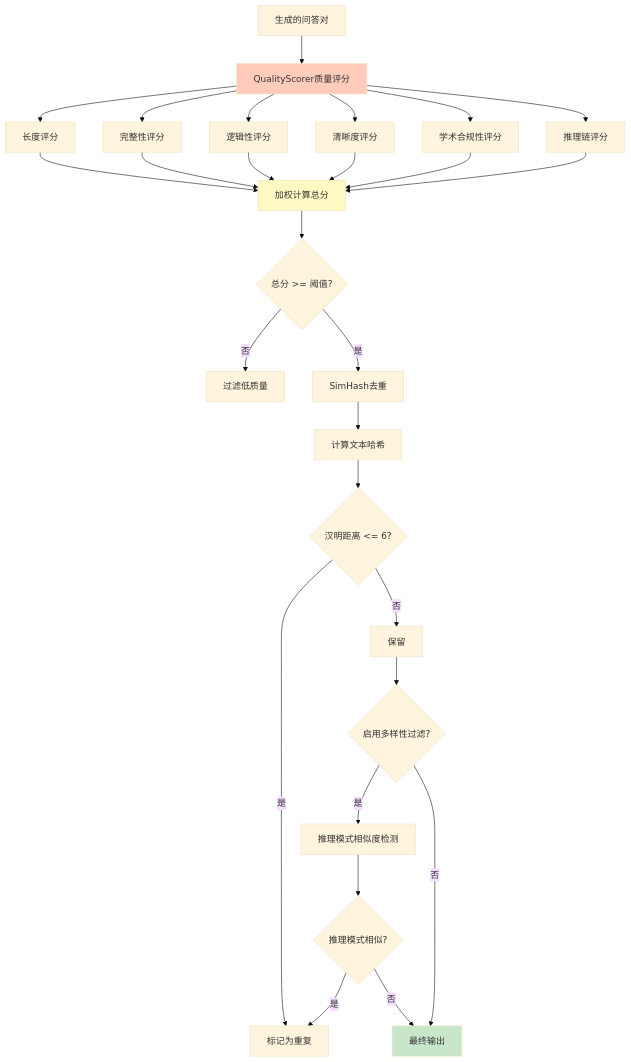
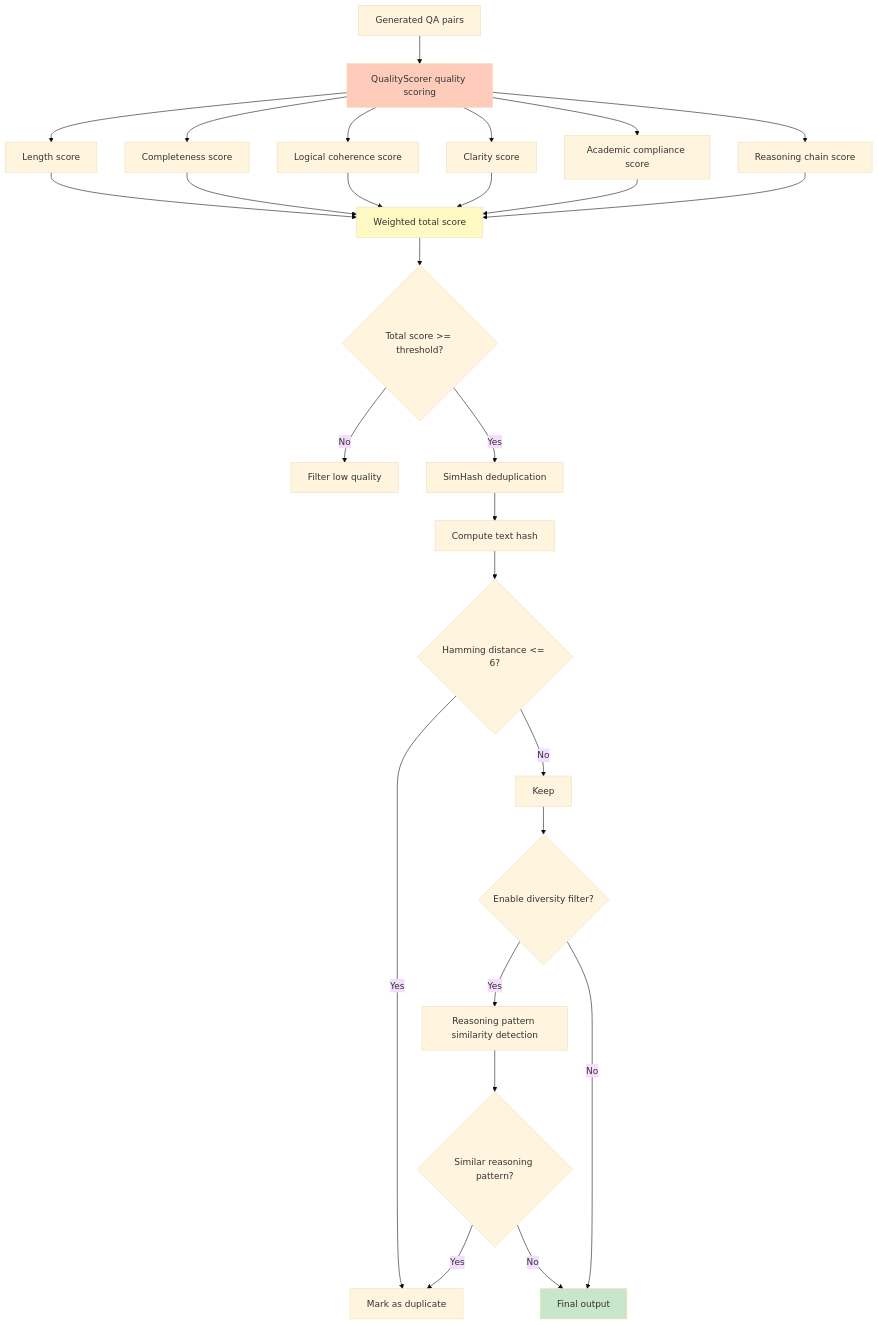
One commit to JackKuo666/QALoop changed the fourth of 5 diagrams in pipelines/thesis_synthesis/README.md. Above: the diagram before and after it, drawn with Mermaid (base theme). The commit also changed other lines of this file and 25 other files, not shown here.

````diff
--- a/pipelines/thesis_synthesis/README.md
+++ b/pipelines/thesis_synthesis/README.md
@@ -114,37 +114,37 @@
 ```mermaid
 flowchart TD
-    A[生成的问答对] --> B[QualityScorer质量评分]
-    B --> C[长度评分]
-    B --> D[完整性评分]
-    B --> E[逻辑性评分]
-    B --> F[清晰度评分]
-    B --> G[学术合规性评分]
-    B --> H[推理链评分]
+    A[Generated QA pairs] --> B[QualityScorer quality scoring]
+    B --> C[Length score]
+    B --> D[Completeness score]
+    B --> E[Logical coherence score]
+    B --> F[Clarity score]
+    B --> G[Academic compliance score]
+    B --> H[Reasoning chain score]
     
-    C --> I[加权计算总分]
+    C --> I[Weighted total score]
     D --> I
     E --> I
     F --> I
     G --> I
     H --> I
     
-    I --> J{总分 >= 阈值?}
-    J -->|否| K[过滤低质量]
-    J -->|是| L[SimHash去重]
+    I --> J{Total score >= threshold?}
+    J -->|No| K[Filter low quality]
+    J -->|Yes| L[SimHash deduplication]
     
-    L --> M[计算文本哈希]
-    M --> N{汉明距离 <= 6?}
-    N -->|是| O[标记为重复]
-    N -->|否| P[保留]
+    L --> M[Compute text hash]
+    M --> N{Hamming distance <= 6?}
+    N -->|Yes| O[Mark as duplicate]
+    N -->|No| P[Keep]
     
-    P --> Q{启用多样性过滤?}
-    Q -->|是| R[推理模式相似度检测]
-    Q -->|否| S[最终输出]
-    R --> T{推理模式相似?}
-    T -->|是| O
-    T -->|否| S
+    P --> Q{Enable diversity filter?}
+    Q -->|Yes| R[Reasoning pattern similarity detection]
+    Q -->|No| S[Final output]
+    R --> T{Similar reasoning pattern?}
+    T -->|Yes| O
+    T -->|No| S
     
     style B fill:#ffccbc
     style I fill:#fff9c4
     style S fill:#c8e6c9
 ```
````
